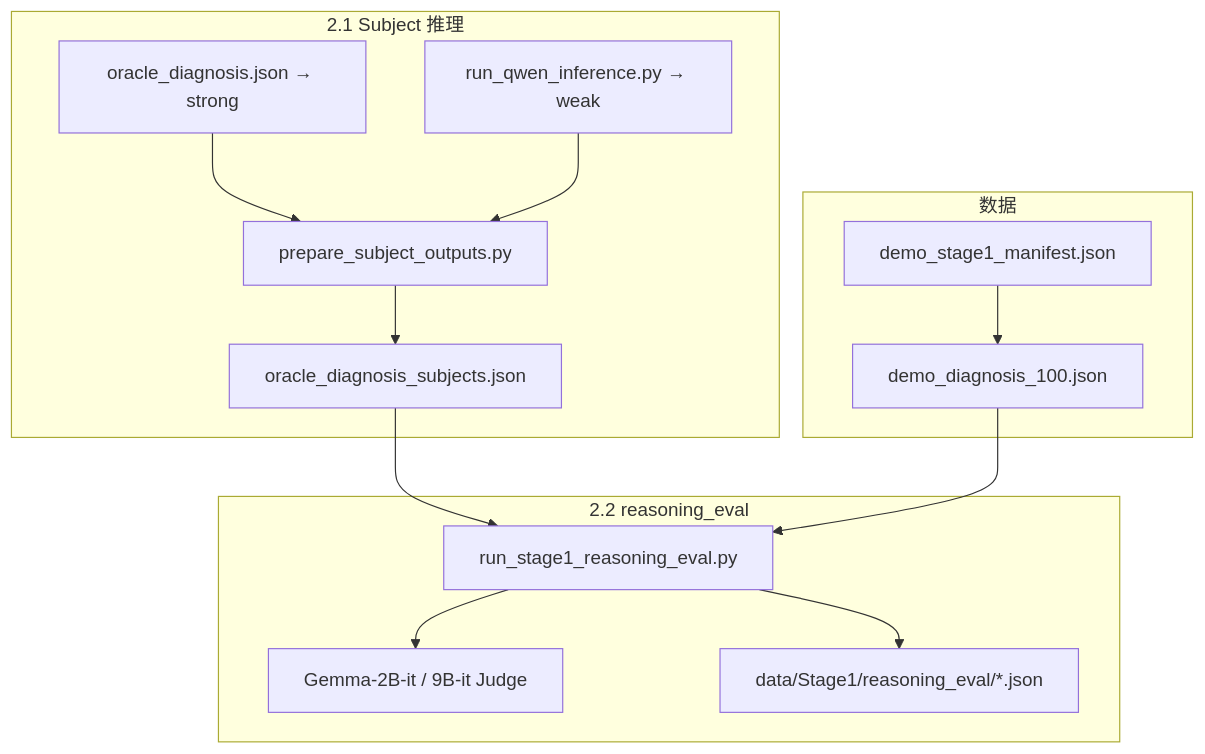
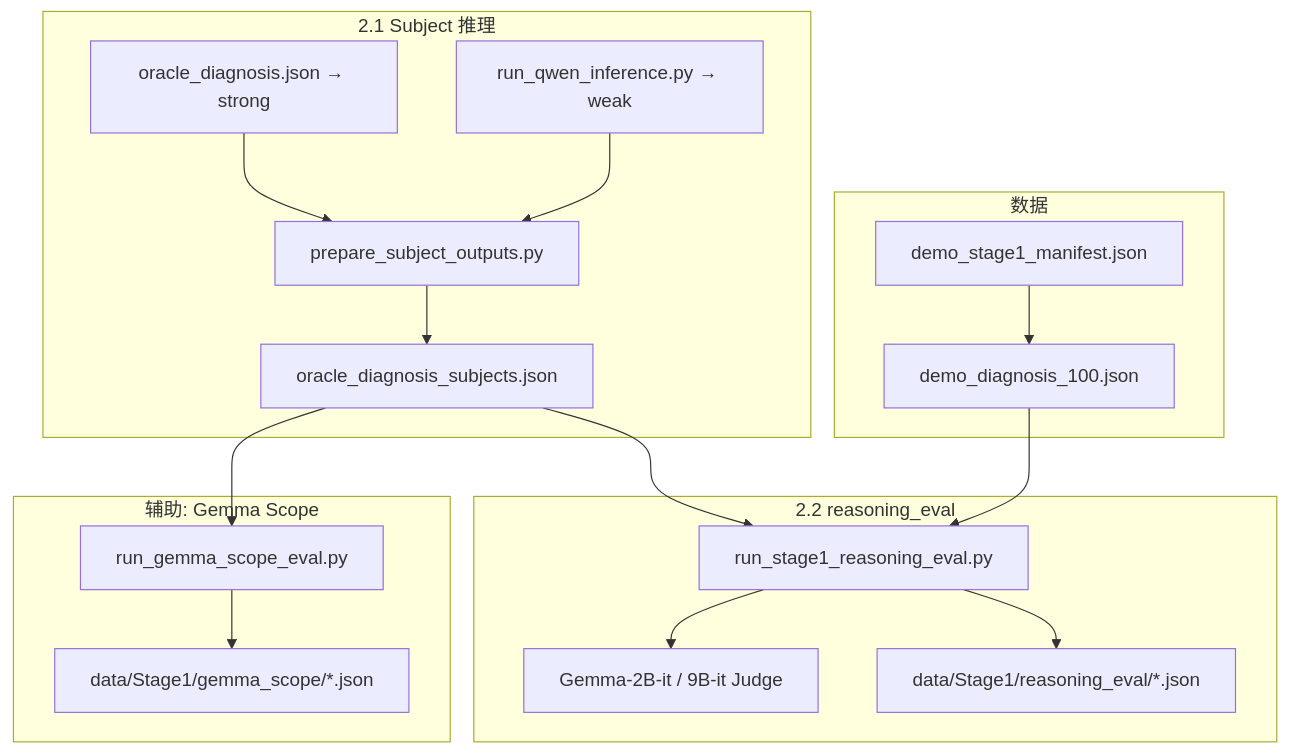
Before and after one commit to wumingxin238/MedRBench: the first of 2 diagrams in docs/reports/STAGE1_EXPERIMENT_REPORT.md, drawn with Mermaid. The commit also changed other lines of this file and 12 other files, not shown here.

````diff
--- a/docs/reports/STAGE1_EXPERIMENT_REPORT.md
+++ b/docs/reports/STAGE1_EXPERIMENT_REPORT.md
@@ -102,29 +75,36 @@
 ```mermaid
 flowchart TB
   subgraph data [数据]
     M[demo_stage1_manifest.json]
     D[demo_diagnosis_100.json]
   end
 
   subgraph s21 [2.1 Subject 推理]
     O[oracle_diagnosis.json → strong]
     Q[run_qwen_inference.py → weak]
     P[prepare_subject_outputs.py]
     S[oracle_diagnosis_subjects.json]
   end
 
   subgraph s22 [2.2 reasoning_eval]
     R[run_stage1_reasoning_eval.py]
     J[Gemma-2B-it / 9B-it Judge]
     OUT[data/Stage1/reasoning_eval/*.json]
   end
 
+  subgraph aux [辅助: Gemma Scope]
+    G[run_gemma_scope_eval.py]
+    GS[data/Stage1/gemma_scope/*.json]
+  end
+
   M --> D
   O --> P
   Q --> P
   P --> S
   S --> R
   D --> R
   R --> J
   R --> OUT
+  S --> G
+  G --> GS
 ```
````
